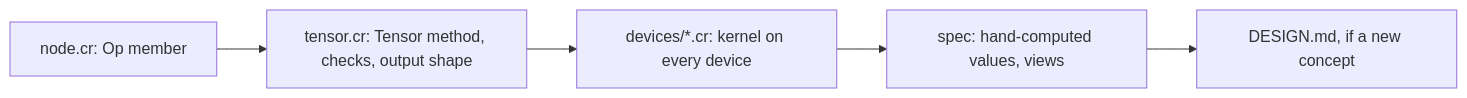
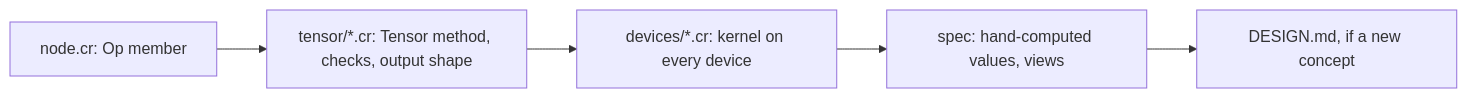
One commit to nogginly/tensomite.cr changed the first of 3 diagrams in DEVELOPMENT.md. Above: the diagram before and after it, drawn with Mermaid. The commit also changed other lines of this file and 23 other files, not shown here.

````diff
--- a/DEVELOPMENT.md
+++ b/DEVELOPMENT.md
@@ -71,7 +78,7 @@
 ```mermaid
 flowchart LR
-    Op["node.cr: Op member"] --> API["tensor.cr: Tensor method, checks, output shape"]
+    Op["node.cr: Op member"] --> API["tensor/*.cr: Tensor method, checks, output shape"]
     API --> K["devices/*.cr: kernel on every device"]
     K --> Spec["spec: hand-computed values, views"]
     Spec --> Doc["DESIGN.md, if a new concept"]
 ```
````
